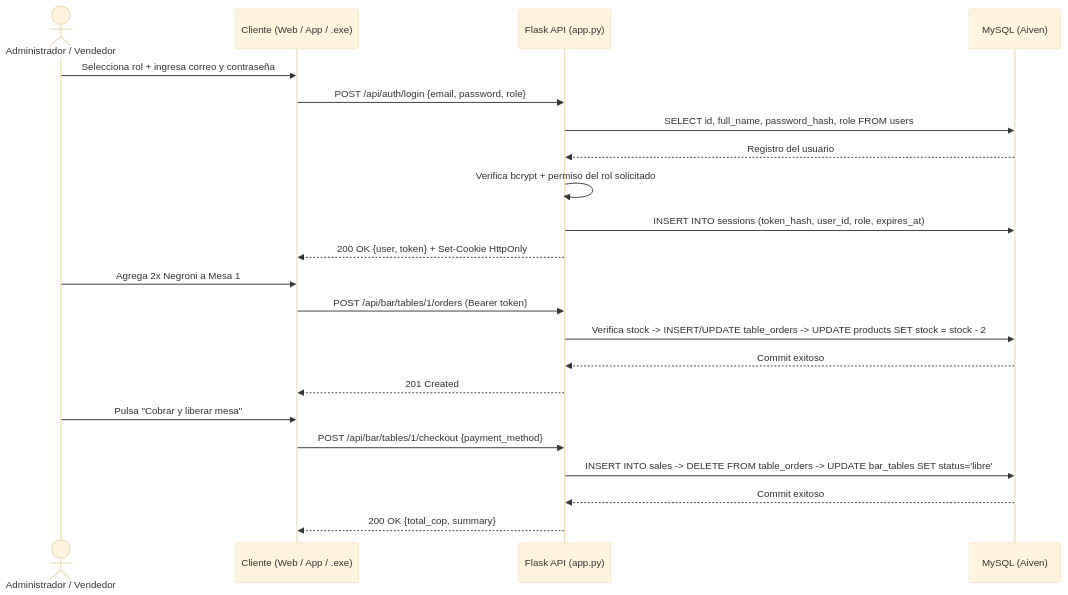
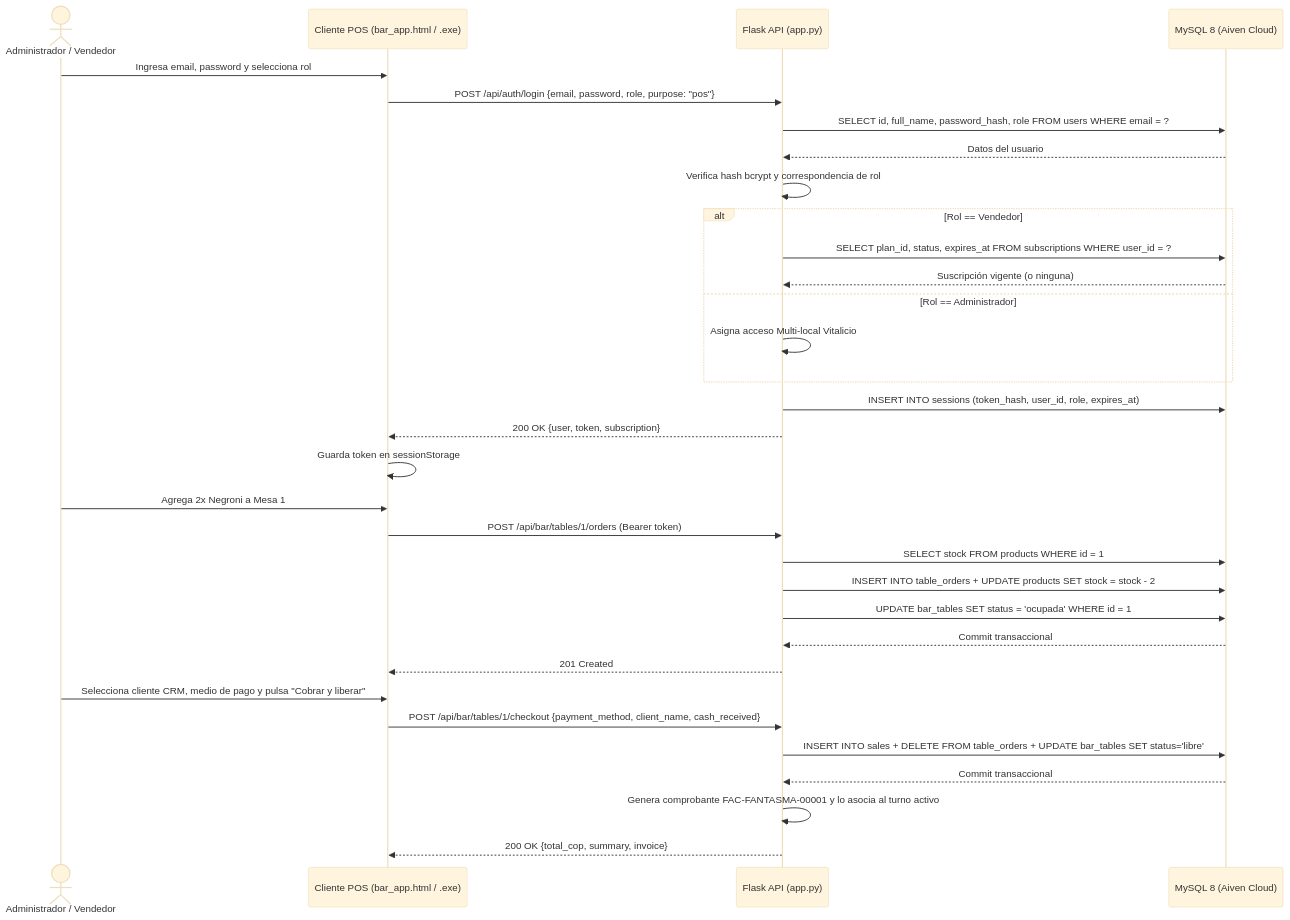
The sixth of 7 diagrams in docs/DOCUMENTACION_TECNICA.md (andresmunoz-dot/Gestion-Bar), drawn with Mermaid (base theme) before and after one commit. The commit also changed other lines of this file, not shown here.

````diff
--- a/docs/DOCUMENTACION_TECNICA.md
+++ b/docs/DOCUMENTACION_TECNICA.md
@@ -374,27 +448,37 @@
 ```mermaid
 sequenceDiagram
     actor Usuario as Administrador / Vendedor
-    participant App as Cliente (Web / App / .exe)
+    participant POS as Cliente POS (bar_app.html / .exe)
     participant API as Flask API (app.py)
-    participant DB as MySQL (Aiven)
+    participant DB as MySQL 8 (Aiven Cloud)
 
-    Usuario->>App: Selecciona rol + ingresa correo y contraseña
-    App->>API: POST /api/auth/login {email, password, role}
-    API->>DB: SELECT id, full_name, password_hash, role FROM users
-    DB-->>API: Registro del usuario
-    API->>API: Verifica bcrypt + permiso del rol solicitado
+    Usuario->>POS: Ingresa email, password y selecciona rol
+    POS->>API: POST /api/auth/login {email, password, role, purpose: "pos"}
+    API->>DB: SELECT id, full_name, password_hash, role FROM users WHERE email = ?
+    DB-->>API: Datos del usuario
+    API->>API: Verifica hash bcrypt y correspondencia de rol
+    alt Rol == Vendedor
+        API->>DB: SELECT plan_id, status, expires_at FROM subscriptions WHERE user_id = ?
+        DB-->>API: Suscripción vigente (o ninguna)
+    else Rol == Administrador
+        API->>API: Asigna acceso Multi-local Vitalicio
+    end
     API->>DB: INSERT INTO sessions (token_hash, user_id, role, expires_at)
-    API-->>App: 200 OK {user, token} + Set-Cookie HttpOnly
+    API-->>POS: 200 OK {user, token, subscription}
+    POS->>POS: Guarda token en sessionStorage
 
-    Usuario->>App: Agrega 2x Negroni a Mesa 1
-    App->>API: POST /api/bar/tables/1/orders (Bearer token)
-    API->>DB: Verifica stock -> INSERT/UPDATE table_orders -> UPDATE products SET stock = stock - 2
-    DB-->>API: Commit exitoso
-    API-->>App: 201 Created
+    Usuario->>POS: Agrega 2x Negroni a Mesa 1
+    POS->>API: POST /api/bar/tables/1/orders (Bearer token)
+    API->>DB: SELECT stock FROM products WHERE id = 1
+    API->>DB: INSERT INTO table_orders + UPDATE products SET stock = stock - 2
+    API->>DB: UPDATE bar_tables SET status = 'ocupada' WHERE id = 1
+    DB-->>API: Commit transaccional
+    API-->>POS: 201 Created
 
-    Usuario->>App: Pulsa "Cobrar y liberar mesa"
-    App->>API: POST /api/bar/tables/1/checkout {payment_method}
-    API->>DB: INSERT INTO sales -> DELETE FROM table_orders -> UPDATE bar_tables SET status='libre'
-    DB-->>API: Commit exitoso
-    API-->>App: 200 OK {total_cop, summary}
+    Usuario->>POS: Selecciona cliente CRM, medio de pago y pulsa "Cobrar y liberar"
+    POS->>API: POST /api/bar/tables/1/checkout {payment_method, client_name, cash_received}
+    API->>DB: INSERT INTO sales + DELETE FROM table_orders + UPDATE bar_tables SET status='libre'
+    DB-->>API: Commit transaccional
+    API->>API: Genera comprobante FAC-FANTASMA-00001 y lo asocia al turno activo
+    API-->>POS: 200 OK {total_cop, summary, invoice}
 ```
````
